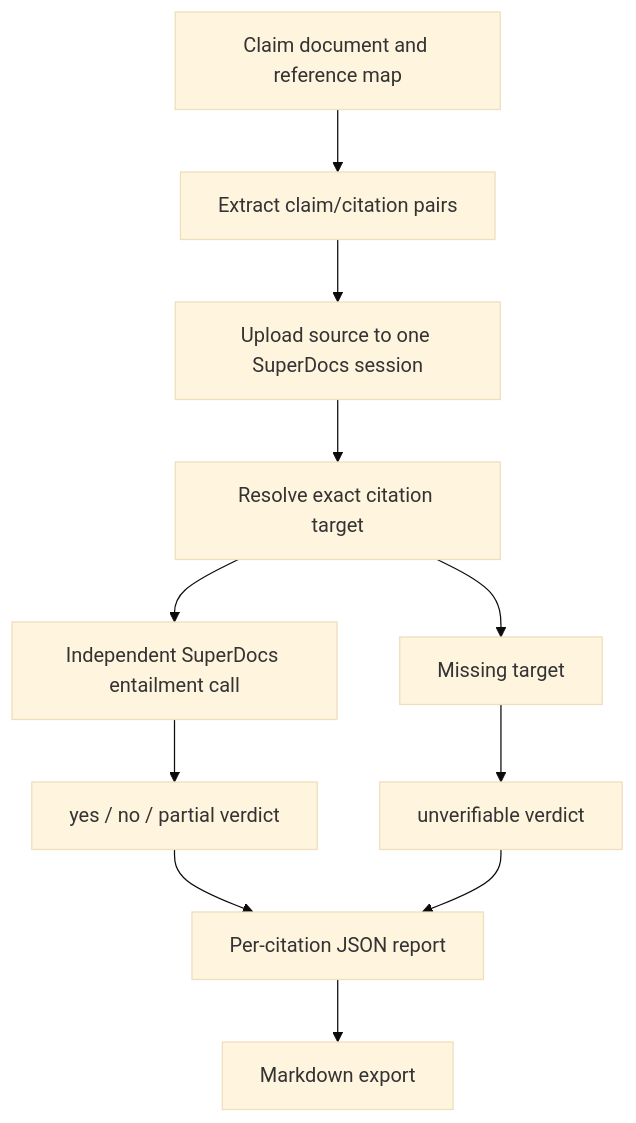
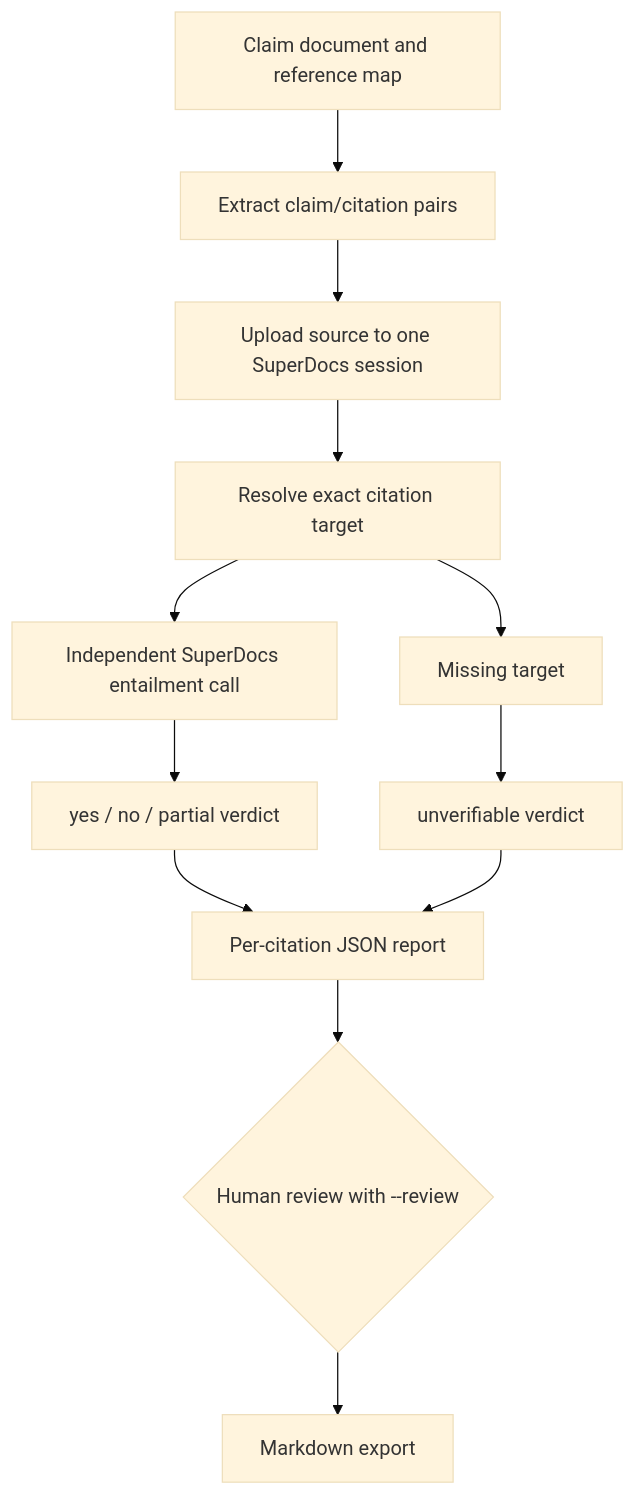
One commit to superdocsapp/superdocs-builds changed the diagram in use-cases/Anjali-Yadav/citation-verifier/README.md. Above: the diagram before and after it, drawn with Mermaid (base theme). The commit also changed other lines of this file and 4 other files, not shown here.

````diff
--- a/use-cases/Anjali-Yadav/citation-verifier/README.md
+++ b/use-cases/Anjali-Yadav/citation-verifier/README.md
@@ -23,13 +24,14 @@
 ```mermaid
 flowchart TD
   A[Claim document and reference map] --> B[Extract claim/citation pairs]
   B --> C[Upload source to one SuperDocs session]
   C --> D[Resolve exact citation target]
   D --> E[Independent SuperDocs entailment call]
   D --> F[Missing target]
   E --> G[yes / no / partial verdict]
   F --> H[unverifiable verdict]
   G --> I[Per-citation JSON report]
   H --> I
-  I --> J[Markdown export]
+  I --> J{Human review with --review}
+  J --> K[Markdown export]
 ```
````
